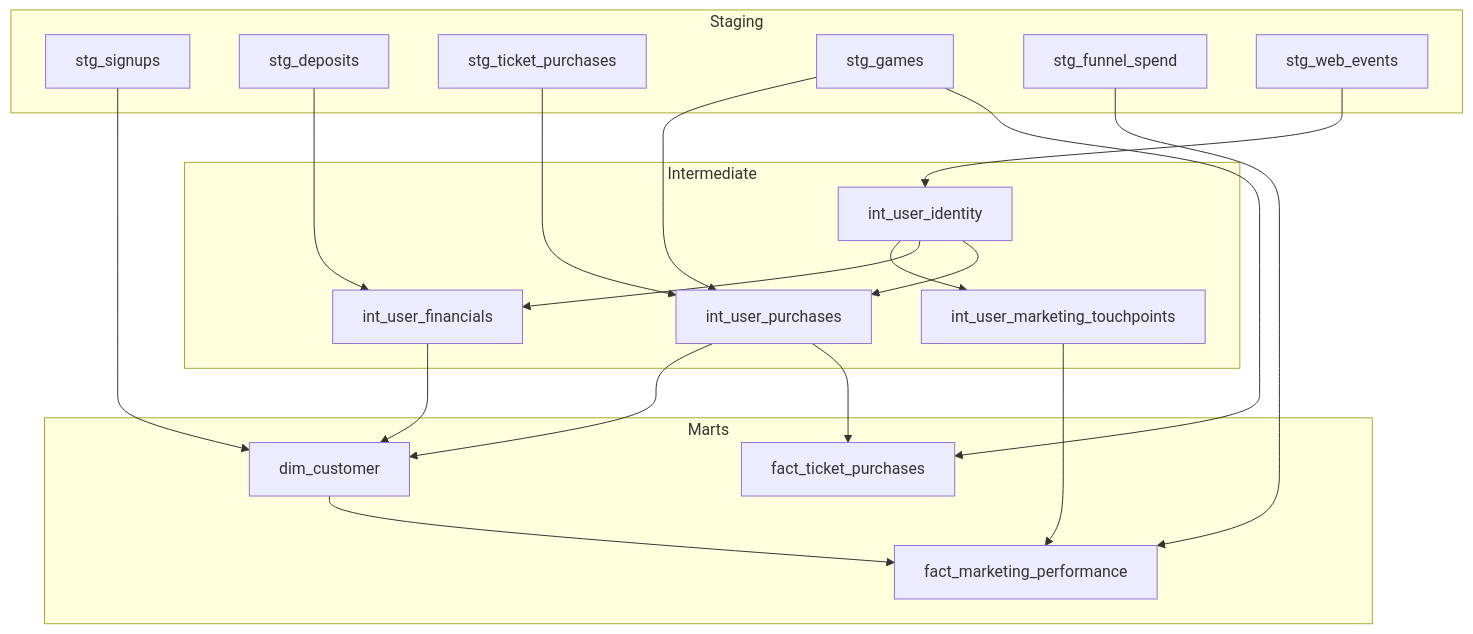
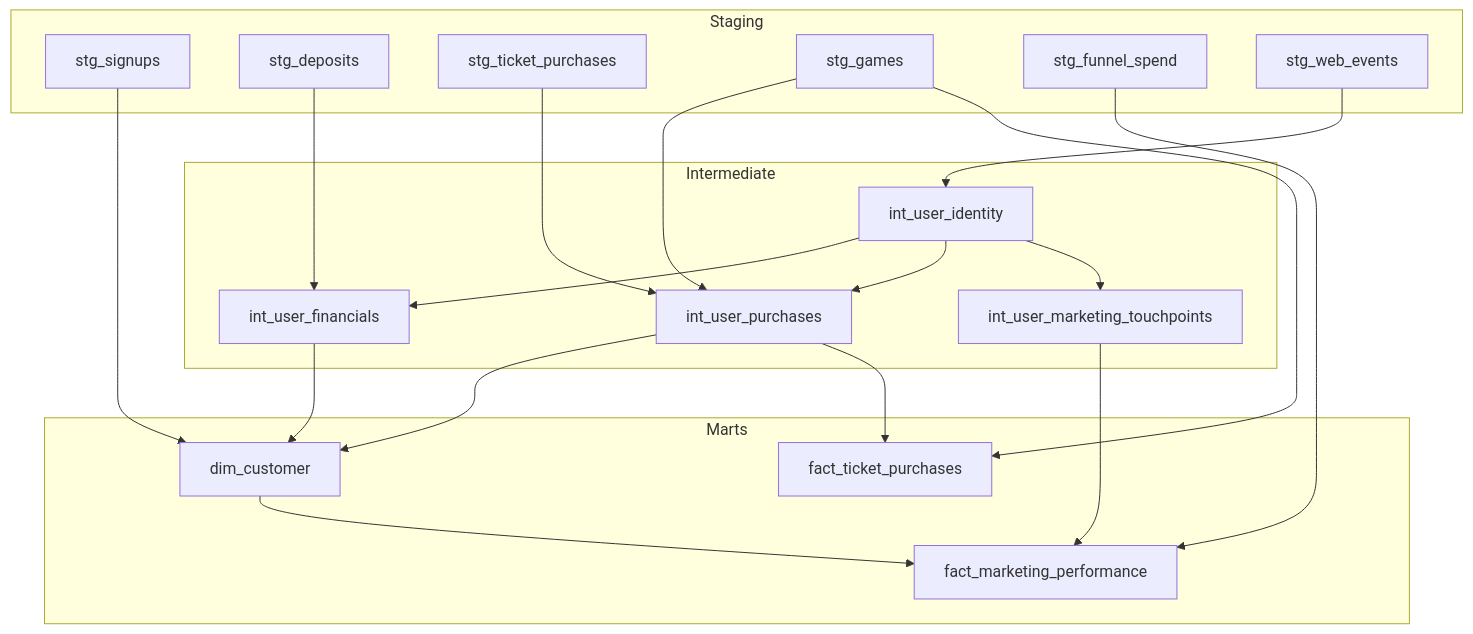
One commit to SiddhantSingh2/Zeal-Case-Study changed the diagram in README.md. Above: the diagram before and after it, drawn with Mermaid. The commit also changed other lines of this file, not shown here.

````diff
--- a/README.md
+++ b/README.md
@@ -44,40 +44,40 @@
 ```mermaid
 graph TD
     subgraph Staging
         A[stg_signups]
         B[stg_deposits]
         C[stg_ticket_purchases]
         D[stg_games]
         E[stg_funnel_spend]
         F[stg_web_events]
     end
 
     subgraph Intermediate
         G[int_user_identity]
         H[int_user_marketing_touchpoints]
         I[int_user_financials]
         J[int_user_purchases]
     end
 
     subgraph Marts
         K[dim_customer]
         L[fact_marketing_performance]
         M[fact_ticket_purchases]
     end
 
     A --> K
     B --> I
     C --> J
     D --> J
     E --> L
     F --> G
-    G --> H
     G --> I
     G --> J
+    G --> H
     H --> L
     I --> K
     J --> K
     K --> L
     J --> M
     D --> M
 ```
````
